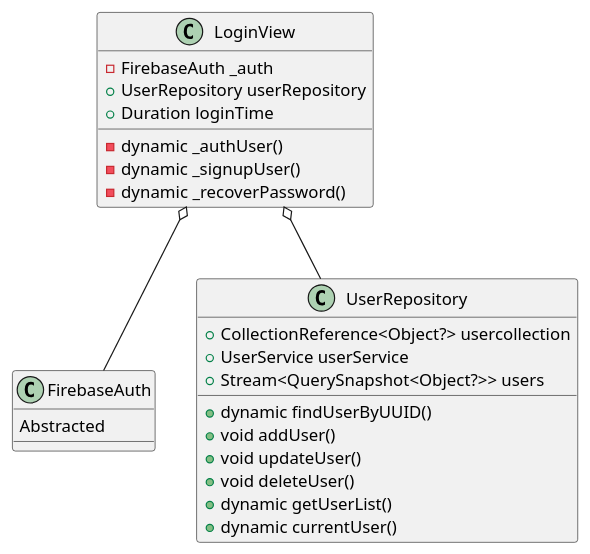
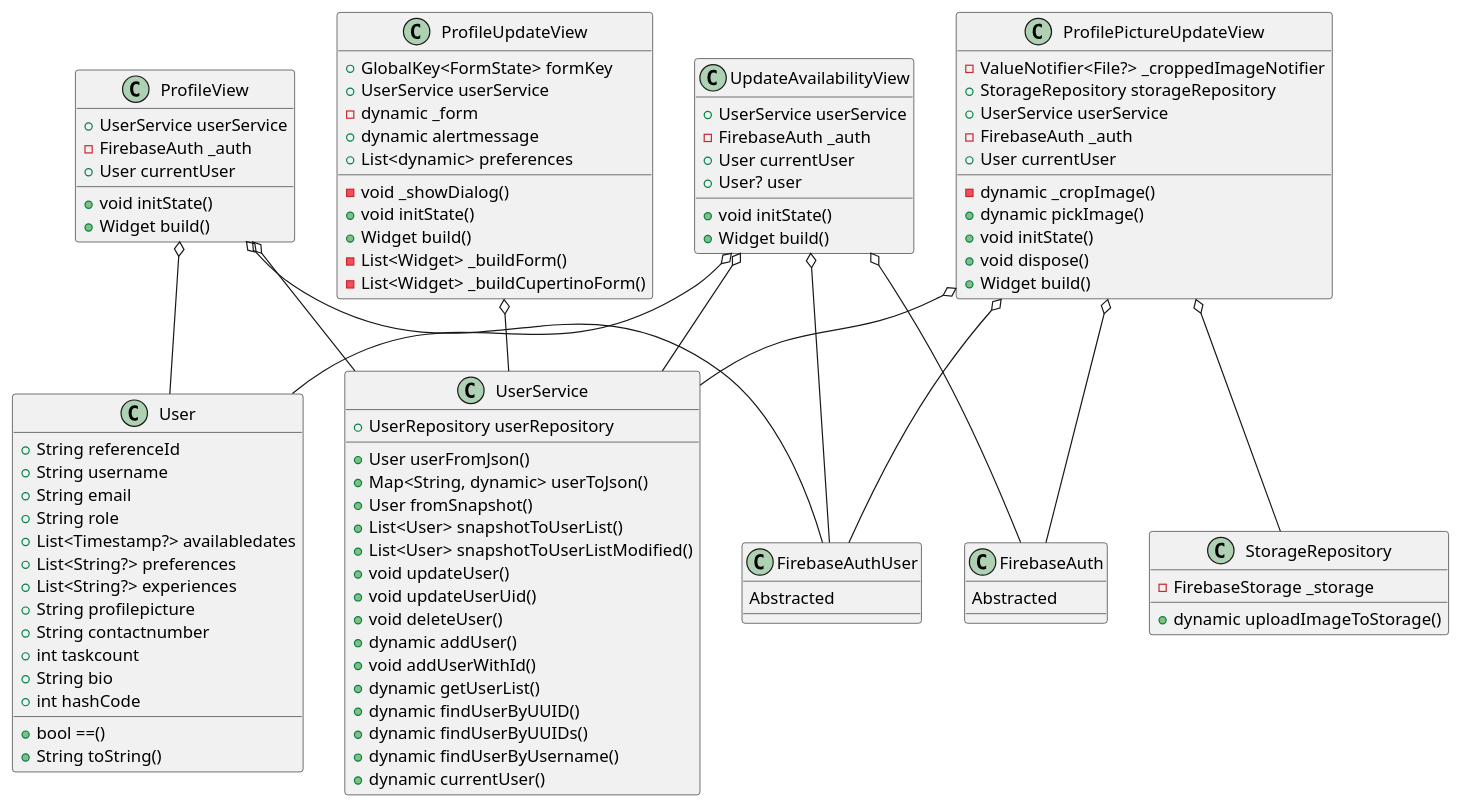
One commit to ryanongwx/pawfection changed the diagram in loginView.puml. Above: the diagram before and after it, drawn with PlantUML. The commit also changed 11 other files, not shown here.

```diff
--- a/loginView.puml
+++ b/loginView.puml
@@ -1,29 +1,110 @@
 @startuml
-class "LoginView" {
+class "ProfileView" {
+  +UserService userService
   -FirebaseAuth _auth
-  +UserRepository userRepository
-  +Duration loginTime
-  -dynamic _authUser()
-  -dynamic _signupUser()
-  -dynamic _recoverPassword()
+  +User currentUser
+  +void initState()
+  +Widget build()
 }
 
-"LoginView" o-- "FirebaseAuth"
-"LoginView" o-- "UserRepository"
+"ProfileView" o-- "UserService"
+"ProfileView" o-- "FirebaseAuthUser"
+"ProfileView" o-- "User"
+
+class "UpdateAvailabilityView" {
+  +UserService userService
+  -FirebaseAuth _auth
+  +User currentUser
+  +User? user
+  +void initState()
+  +Widget build()
+}
+
+"UpdateAvailabilityView" o-- "UserService"
+"UpdateAvailabilityView" o-- "FirebaseAuth"
+"UpdateAvailabilityView" o-- "FirebaseAuthUser"
+"UpdateAvailabilityView" o-- "User"
+
+class "ProfileUpdateView" {
+  +GlobalKey<FormState> formKey
+  +UserService userService
+  -dynamic _form
+  +dynamic alertmessage
+  +List<dynamic> preferences
+  -void _showDialog()
+  +void initState()
+  +Widget build()
+  -List<Widget> _buildForm()
+  -List<Widget> _buildCupertinoForm()
+}
+
+"ProfileUpdateView" o-- "UserService"
+
+class "ProfilePictureUpdateView" {
+  -ValueNotifier<File?> _croppedImageNotifier
+  +StorageRepository storageRepository
+  +UserService userService
+  -FirebaseAuth _auth
+  +User currentUser
+  -dynamic _cropImage()
+  +dynamic pickImage()
+  +void initState()
+  +void dispose()
+  +Widget build()
+}
+
+"ProfilePictureUpdateView" o-- "StorageRepository"
+"ProfilePictureUpdateView" o-- "UserService"
+"ProfilePictureUpdateView" o-- "FirebaseAuth"
+"ProfilePictureUpdateView" o-- "FirebaseAuthUser"
 
 class "FirebaseAuth" {
   Abstracted
 }
 
-class "UserRepository" {
-  +CollectionReference<Object?> usercollection
-  +UserService userService
-  +Stream<QuerySnapshot<Object?>> users
+class "FirebaseAuthUser" {
+  Abstracted
+}
+
+class "User" {
+  +String referenceId
+  +String username
+  +String email
+  +String role
+  +List<Timestamp?> availabledates
+  +List<String?> preferences
+  +List<String?> experiences
+  +String profilepicture
+  +String contactnumber
+  +int taskcount
+  +String bio
+  +int hashCode
+  +bool ==()
+  +String toString()
+}
+
+class "UserService" {
+  +UserRepository userRepository
+  +User userFromJson()
+  +Map<String, dynamic> userToJson()
+  +User fromSnapshot()
+  +List<User> snapshotToUserList()
+  +List<User> snapshotToUserListModified()
+  +void updateUser()
+  +void updateUserUid()
+  +void deleteUser()
+  +dynamic addUser()
+  +void addUserWithId()
+  +dynamic getUserList()
   +dynamic findUserByUUID()
-  +void addUser()
-  +void updateUser()
-  +void deleteUser()
-  +dynamic getUserList()
+  +dynamic findUserByUUIDs()
+  +dynamic findUserByUsername()
   +dynamic currentUser()
 }
+
+class "StorageRepository" {
+  -FirebaseStorage _storage
+  +dynamic uploadImageToStorage()
+}
+
 @enduml
```
